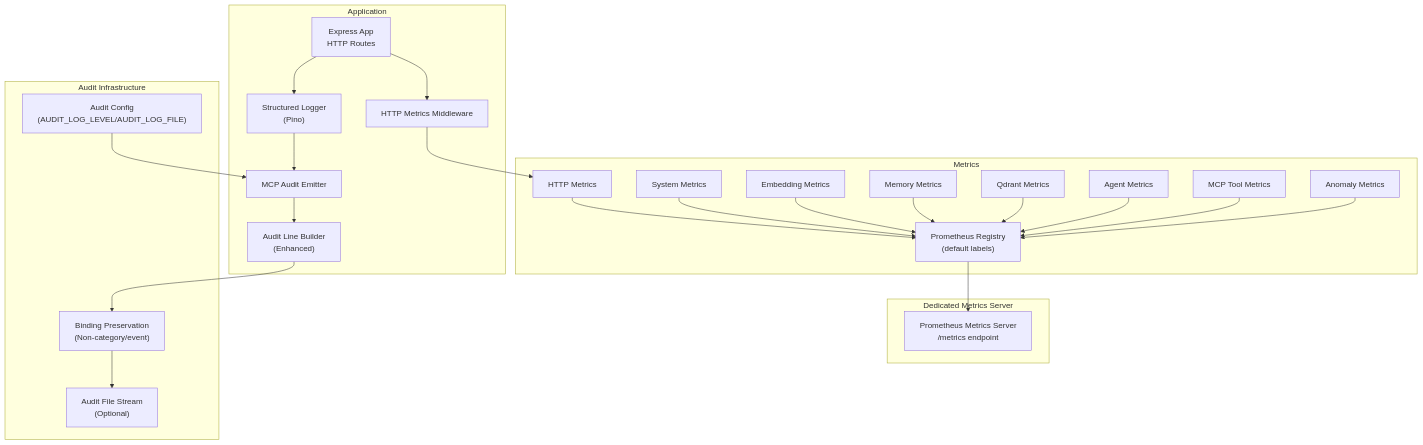
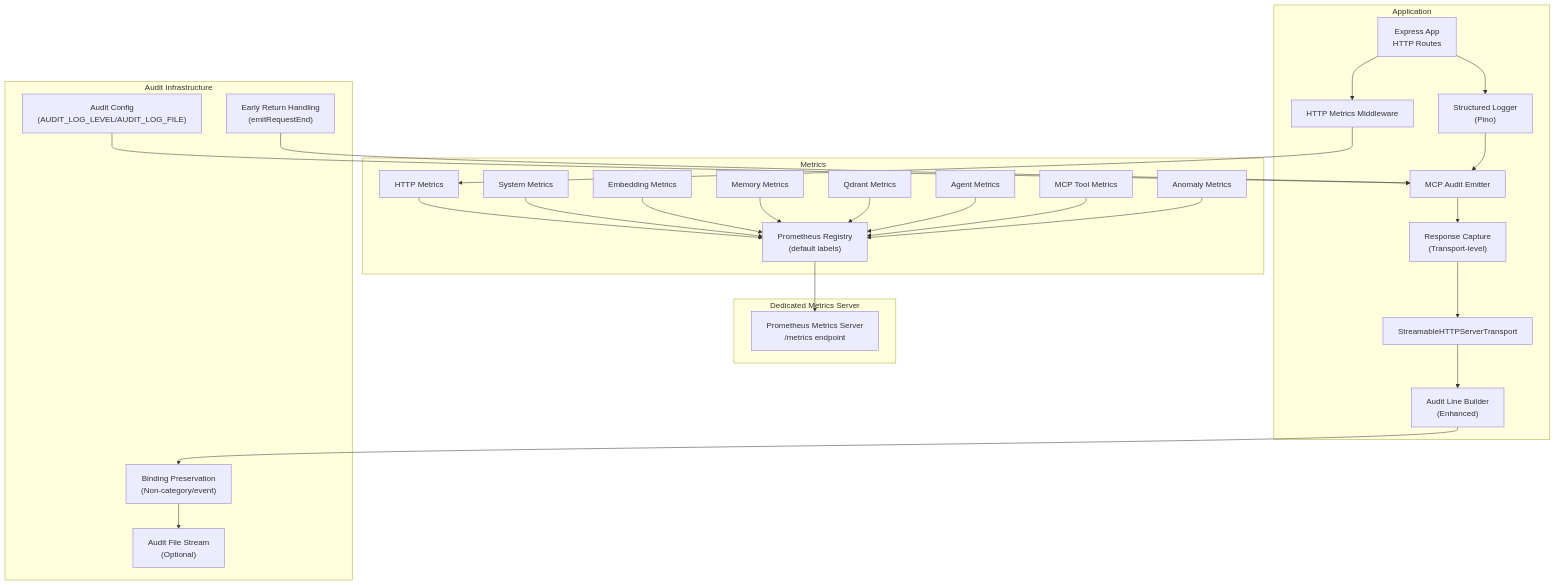
Before and after one commit to debian777/kairos-mcp: the first of 7 diagrams in .qoder/repowiki/en/content/Monitoring & Observability.md, drawn with Mermaid. The commit also changed other lines of this file and 24 other files, not shown here.

First line of the commit message:
fix(audit): capture response at transport.send() level

````diff
--- a/.qoder/repowiki/en/content/Monitoring & Observability.md
+++ b/.qoder/repowiki/en/content/Monitoring & Observability.md
@@ -60,46 +61,52 @@
 ```mermaid
 graph TB
 subgraph "Application"
 A["Express App<br/>HTTP Routes"]
 M["HTTP Metrics Middleware"]
 S["Structured Logger<br/>(Pino)"]
 AE["MCP Audit Emitter"]
+RC["Response Capture<br/>(Transport-level)"]
 ALS["Audit Line Builder<br/>(Enhanced)"]
+TST["StreamableHTTPServerTransport"]
 end
 subgraph "Metrics"
 R["Prometheus Registry<br/>(default labels)"]
 MS["System Metrics"]
 MH["HTTP Metrics"]
 ME["Embedding Metrics"]
 MM["Memory Metrics"]
 MQ["Qdrant Metrics"]
 MA["Agent Metrics"]
 MI["MCP Tool Metrics"]
 AN["Anomaly Metrics"]
 end
 subgraph "Dedicated Metrics Server"
 P["Prometheus Metrics Server<br/>/metrics endpoint"]
 end
 subgraph "Audit Infrastructure"
 AF["Audit File Stream<br/>(Optional)"]
 AC["Audit Config<br/>(AUDIT_LOG_LEVEL/AUDIT_LOG_FILE)"]
 BP["Binding Preservation<br/>(Non-category/event)"]
+ER["Early Return Handling<br/>(emitRequestEnd)"]
 end
 A --> M
 M --> MH
 A --> S
 S --> AE
-AE --> ALS
+AE --> RC
+RC --> TST
+TST --> ALS
 ALS --> BP
 BP --> AF
 AC --> AE
+ER --> AE
 MH --> R
 MS --> R
 ME --> R
 MM --> R
 MQ --> R
 MA --> R
 MI --> R
 AN --> R
 R --> P
 ```
````
